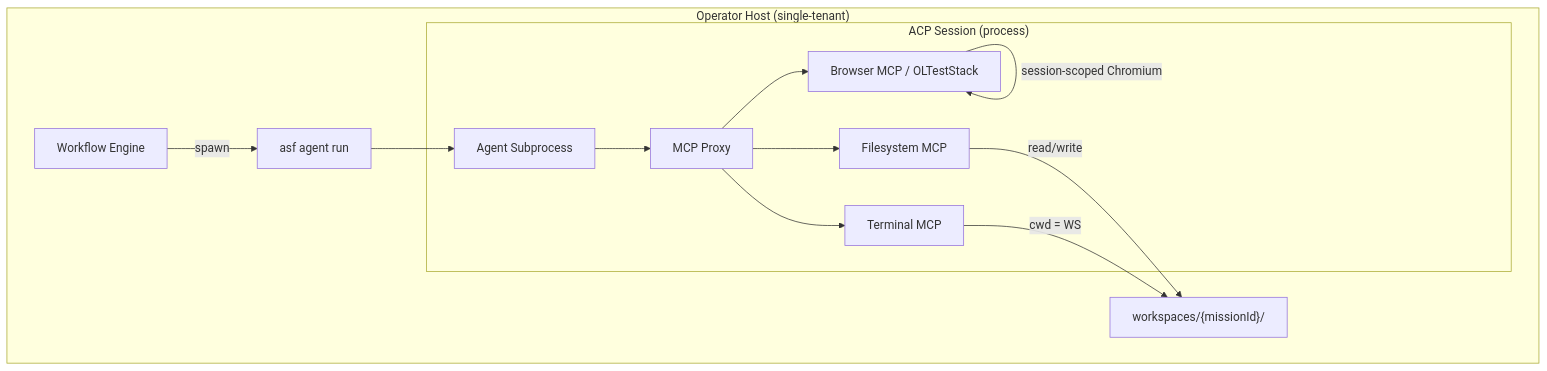
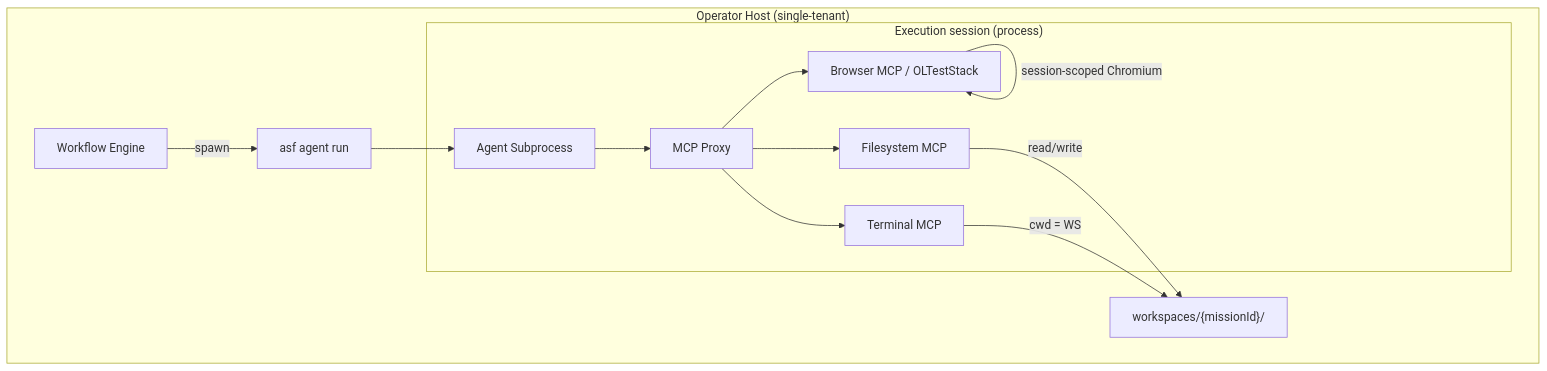
Before and after one commit to openlearnia/OLAgent: the diagram in requirements/framework/process-sandbox.md, drawn with Mermaid. The commit also changed other lines of this file and 9 other files, not shown here.

````diff
--- a/requirements/framework/process-sandbox.md
+++ b/requirements/framework/process-sandbox.md
@@ -17,23 +19,23 @@
 ```mermaid
 flowchart TB
     subgraph host["Operator Host (single-tenant)"]
         WE[Workflow Engine]
         CLI["asf agent run"]
-        subgraph session["ACP Session (process)"]
+        subgraph session["Execution session (process)"]
             Agent[Agent Subprocess]
             MCP[MCP Proxy]
             FS[Filesystem MCP]
             Term[Terminal MCP]
             Browser[Browser MCP / OLTestStack]
         end
         WS["workspaces/{missionId}/"]
     end
 
     WE -->|spawn| CLI
     CLI --> Agent
     Agent --> MCP
     MCP --> FS & Term & Browser
     FS -->|read/write| WS
     Term -->|cwd = WS| WS
     Browser -->|session-scoped Chromium| Browser
 ```
````
